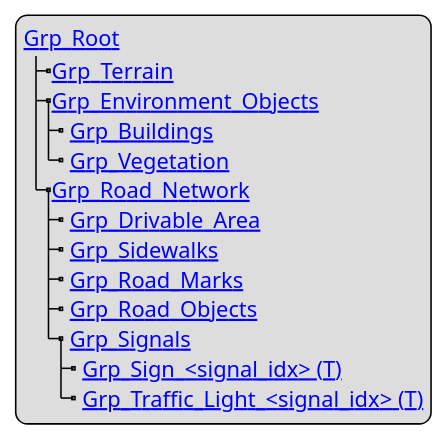
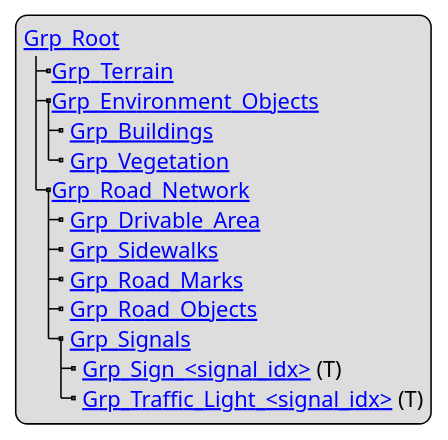
One commit to asam-ev/OpenMATERIAL changed the diagram in content/geometry/object-environment/environment-structure.adoc. Above: the diagram before and after it, drawn with PlantUML. The commit also changed 3 other files, not shown here.

```diff
--- a/content/geometry/object-environment/environment-structure.adoc
+++ b/content/geometry/object-environment/environment-structure.adoc
@@ -9,18 +9,18 @@
 [plantuml]
 ----
 legend
 [[../geometry/object-environment/environment-index.html#_grp_root Grp_Root]]
 |_[[../geometry/object-environment/environment-index.html#_grp_terrain Grp_Terrain]]
 |_[[../geometry/object-environment/environment-index.html#_grp_environment_objects Grp_Environment_Objects]]
   |_ [[../geometry/object-environment/environment-index.html#_grp_buildings Grp_Buildings]]
   |_ [[../geometry/object-environment/environment-index.html#_grp_vegetation Grp_Vegetation]]
 |_[[../geometry/object-environment/environment-index.html#_grp_road_network Grp_Road_Network]]
   |_ [[../geometry/object-environment/environment-index.html#_grp_drivable_area Grp_Drivable_Area]]
   |_ [[../geometry/object-environment/environment-index.html#_grp_sidewalks Grp_Sidewalks]]
   |_ [[../geometry/object-environment/environment-index.html#_grp_road_marks Grp_Road_Marks]]
   |_ [[../geometry/object-environment/environment-index.html#_grp_road_object Grp_Road_Objects]]
   |_ [[../geometry/object-environment/environment-index.html#_grp_signals Grp_Signals]]
-    |_ [[../geometry/object-environment/environment-index.html#_grp_sign_idx_t Grp_Sign_<signal_idx> (T)]]
-    |_ [[../geometry/object-environment/environment-index.html#_traffic_light_idx_t Grp_Traffic_Light_<signal_idx> (T)]]
+    |_ [[../geometry/object-environment/environment-index.html#_grp_sign_idx_t Grp_Sign_<signal_idx>]] (T)
+    |_ [[../geometry/object-environment/environment-index.html#_traffic_light_idx_t Grp_Traffic_Light_<signal_idx>]] (T)
 end legend
 ----
```
